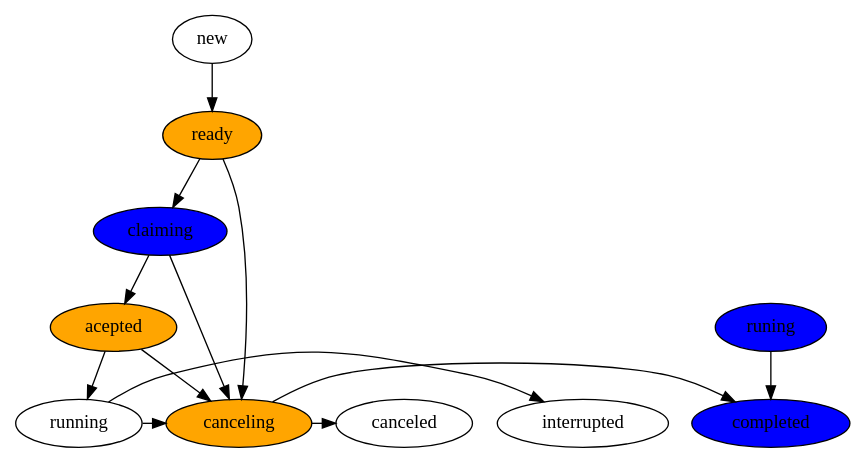
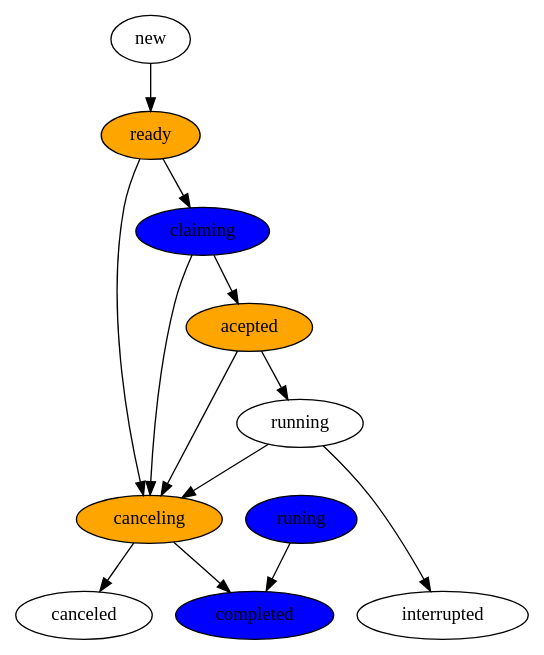
The diagram in imageinput/lebenszyklus-arbeitspaket.dot (RonnyPfannschmidt-Attic/thesis-writing), drawn with Graphviz before and after one commit.

Commit message:
undo misstake

```diff
--- a/imageinput/lebenszyklus-arbeitspaket.dot
+++ b/imageinput/lebenszyklus-arbeitspaket.dot
@@ -1,28 +1,28 @@
 digraph arbeitspacket {
     new -> ready;
     runing -> completed;
     ready-> canceling;
     claiming -> canceling; 
     acepted -> canceling;
     ready -> claiming -> acepted -> running;
     running -> canceling;
 
     subgraph final {
         rank="same";
         canceled;
         completed;
         interrupted;
-        canceling -> canceled;
-        canceling -> completed;
-        running -> interrupted;
     }
 
+    canceling -> canceled;
+    canceling -> completed;
+    running -> interrupted;
 
 
     canceling [style=filled,fillcolor=orange];
     ready [style=filled,fillcolor=orange];
     claiming [style=filled,fillcolor=blue];
     acepted [style=filled,fillcolor=orange];
     runing [style=filled,fillcolor=blue];
     completed [style=filled,fillcolor=blue];
 }
```
